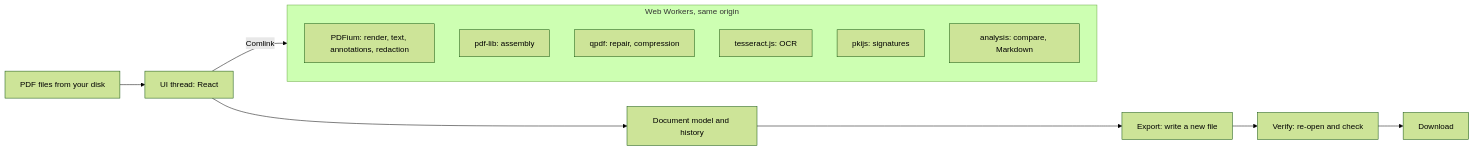
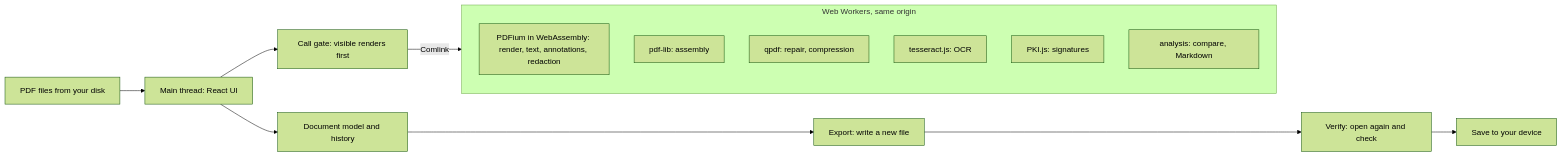
One commit to ErenDenizK/recto changed the diagram in README.md. Above: the diagram before and after it, drawn with Mermaid (forest theme). The commit also changed other lines of this file and 2 other files, not shown here.

````diff
--- a/README.md
+++ b/README.md
@@ -123,17 +101,18 @@
 ```mermaid
 flowchart LR
-  files["PDF files from your disk"] --> ui["UI thread: React"]
-  ui -- Comlink --> workers
+  files["PDF files from your disk"] --> ui["Main thread: React UI"]
+  ui --> gate["Call gate: visible renders first"]
+  gate -- Comlink --> workers
   subgraph workers["Web Workers, same origin"]
-    pdfium["PDFium: render, text, annotations, redaction"]
+    pdfium["PDFium in WebAssembly: render, text, annotations, redaction"]
     pdflib["pdf-lib: assembly"]
     qpdf["qpdf: repair, compression"]
     ocr["tesseract.js: OCR"]
-    sig["pkijs: signatures"]
+    sig["PKI.js: signatures"]
     analysis["analysis: compare, Markdown"]
   end
   ui --> model["Document model and history"]
   model --> export["Export: write a new file"]
-  export --> verify["Verify: re-open and check"]
-  verify --> download["Download"]
+  export --> verify["Verify: open again and check"]
+  verify --> download["Save to your device"]
 ```
````
